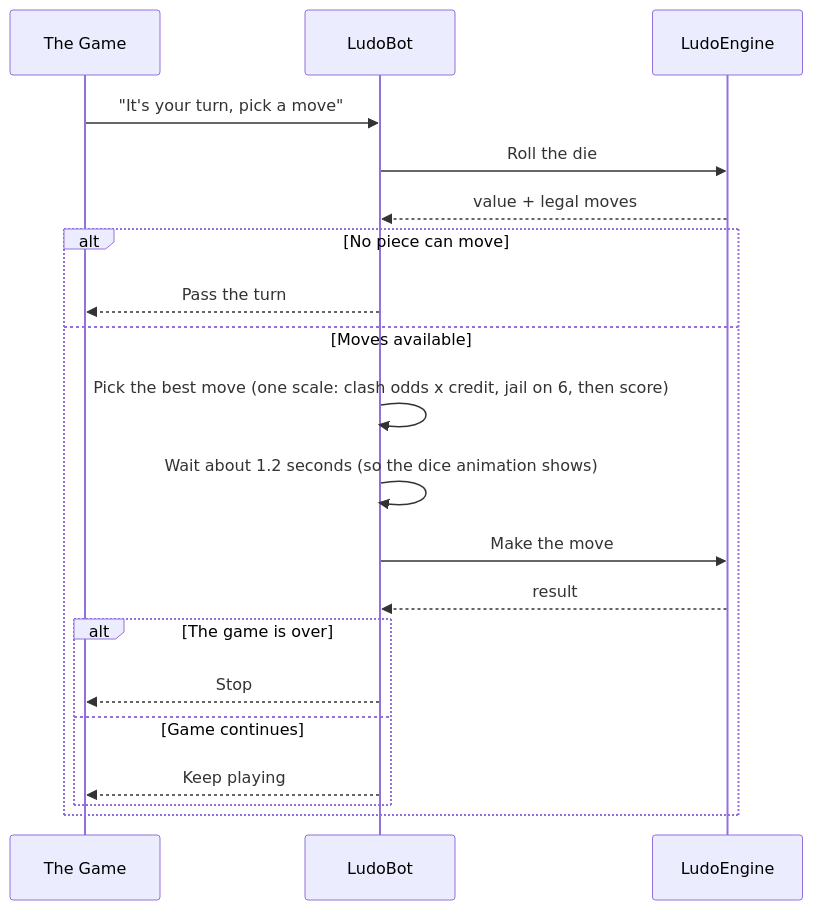
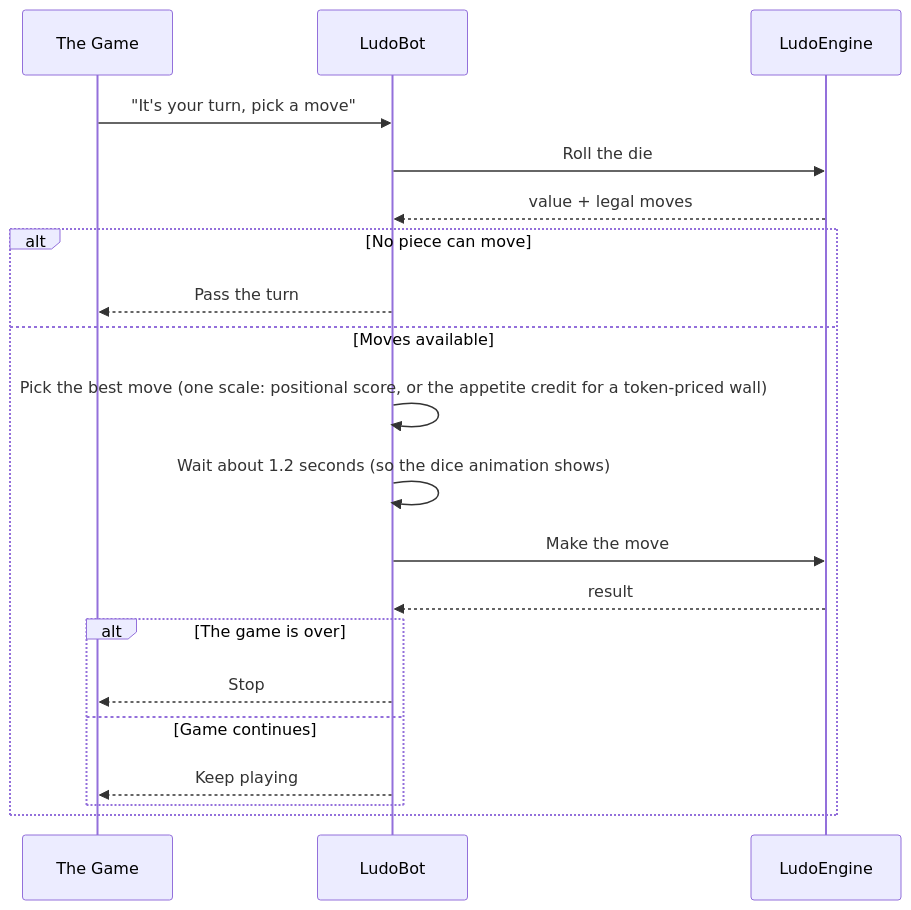
One commit to IrmaJoKerr/ft_transcendence-ludo changed the first of 3 diagrams in docs/ludo-engine/ludo-engine-bot-module.md. Above: the diagram before and after it, drawn with Mermaid. The commit also changed other lines of this file and 10 other files, not shown here.

Commit message:
feat(bot): a Wall Breaker token is priced by a rolled per-seat appetite, and the bot never passes a turn it can play. Docs: updated to match.

````diff
--- a/docs/ludo-engine/ludo-engine-bot-module.md
+++ b/docs/ludo-engine/ludo-engine-bot-module.md
@@ -136,23 +147,23 @@
 ```mermaid
 sequenceDiagram
     participant Game as The Game
     participant Bot as LudoBot
     participant Engine as LudoEngine
 
     Game->>Bot: "It's your turn, pick a move"
     Bot->>Engine: Roll the die
     Engine-->>Bot: value + legal moves
     alt No piece can move
         Bot-->>Game: Pass the turn
     else Moves available
-        Bot->>Bot: Pick the best move (one scale: clash odds x credit, jail on 6, then score)
+        Bot->>Bot: Pick the best move (one scale: positional score, or the appetite credit for a token-priced wall)
         Bot->>Bot: Wait about 1.2 seconds (so the dice animation shows)
         Bot->>Engine: Make the move
         Engine-->>Bot: result
         alt The game is over
             Bot-->>Game: Stop
         else Game continues
             Bot-->>Game: Keep playing
         end
     end
 ```
````
